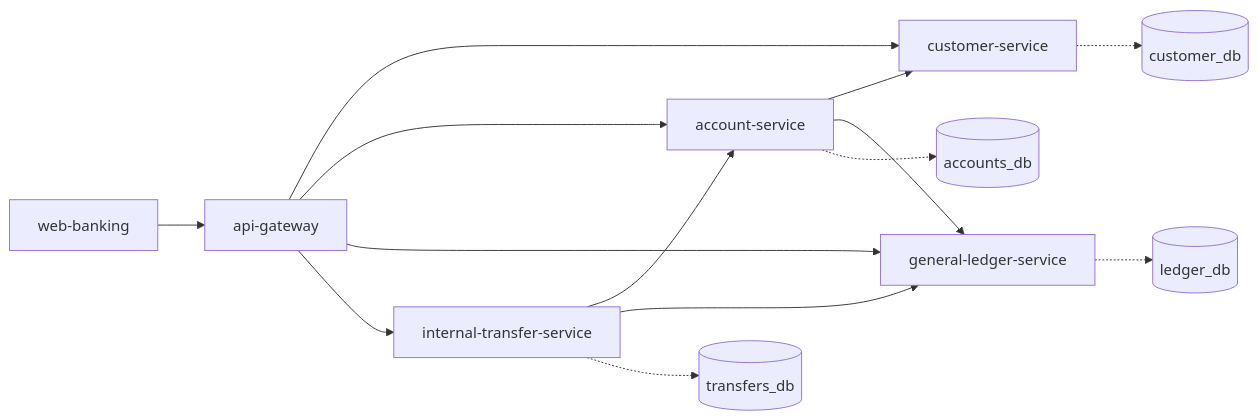
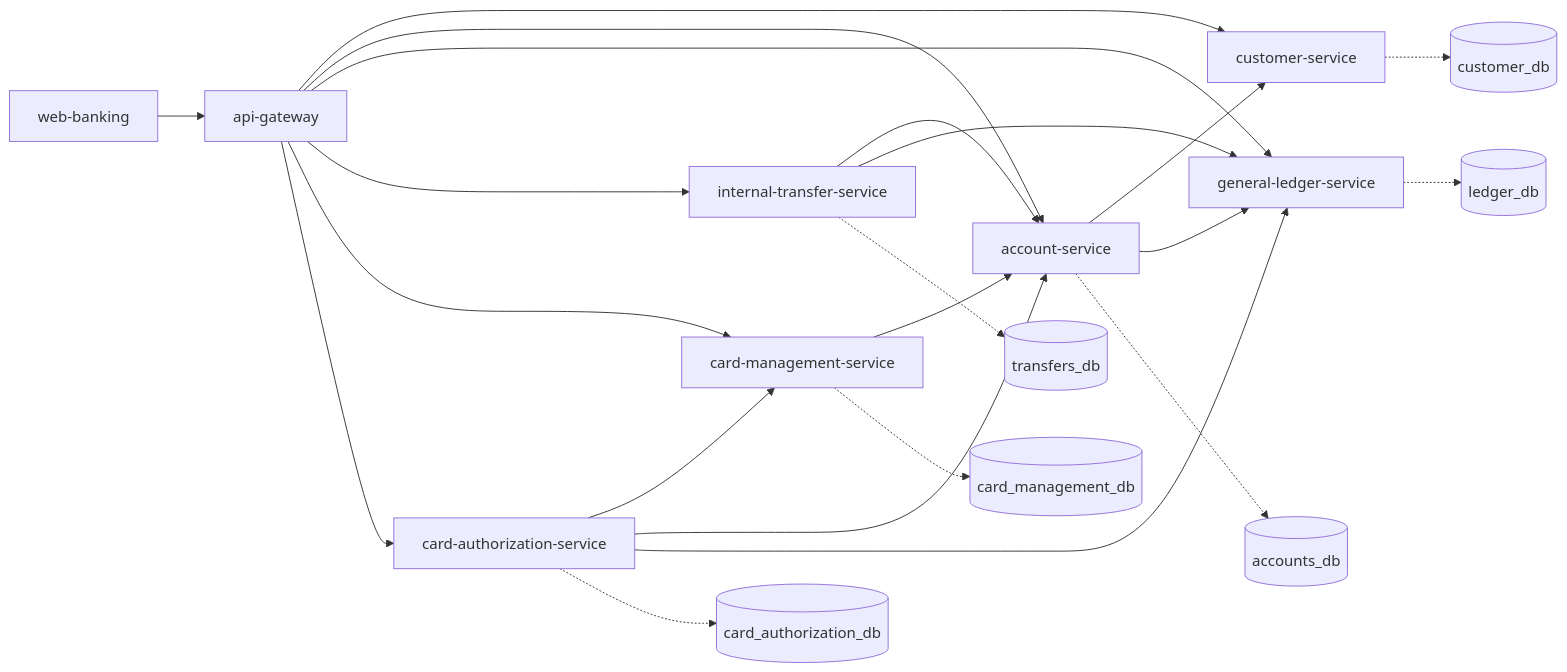
The first of 3 diagrams in fintech-platform/docs/architecture/vertical-slice.md (codingiq369/IBM---FinTech-App), drawn with Mermaid before and after one commit. The commit also changed other lines of this file and 87 other files, not shown here.

````diff
--- a/fintech-platform/docs/architecture/vertical-slice.md
+++ b/fintech-platform/docs/architecture/vertical-slice.md
@@ -47,17 +60,25 @@
 ```mermaid
 graph LR
     UI[web-banking] --> GW[api-gateway]
     GW --> CUST[customer-service]
     GW --> ACC[account-service]
     GW --> LED[general-ledger-service]
     GW --> XFER[internal-transfer-service]
+    GW --> CARDMGMT[card-management-service]
+    GW --> CARDAUTH[card-authorization-service]
     ACC --> CUST
     ACC --> LED
     XFER --> ACC
     XFER --> LED
+    CARDMGMT --> ACC
+    CARDAUTH --> CARDMGMT
+    CARDAUTH --> ACC
+    CARDAUTH --> LED
 
     CUST -.-> CUSTDB[(customer_db)]
     ACC -.-> ACCDB[(accounts_db)]
     LED -.-> LEDDB[(ledger_db)]
     XFER -.-> XFERDB[(transfers_db)]
+    CARDMGMT -.-> CARDMGMTDB[(card_management_db)]
+    CARDAUTH -.-> CARDAUTHDB[(card_authorization_db)]
 ```
````
